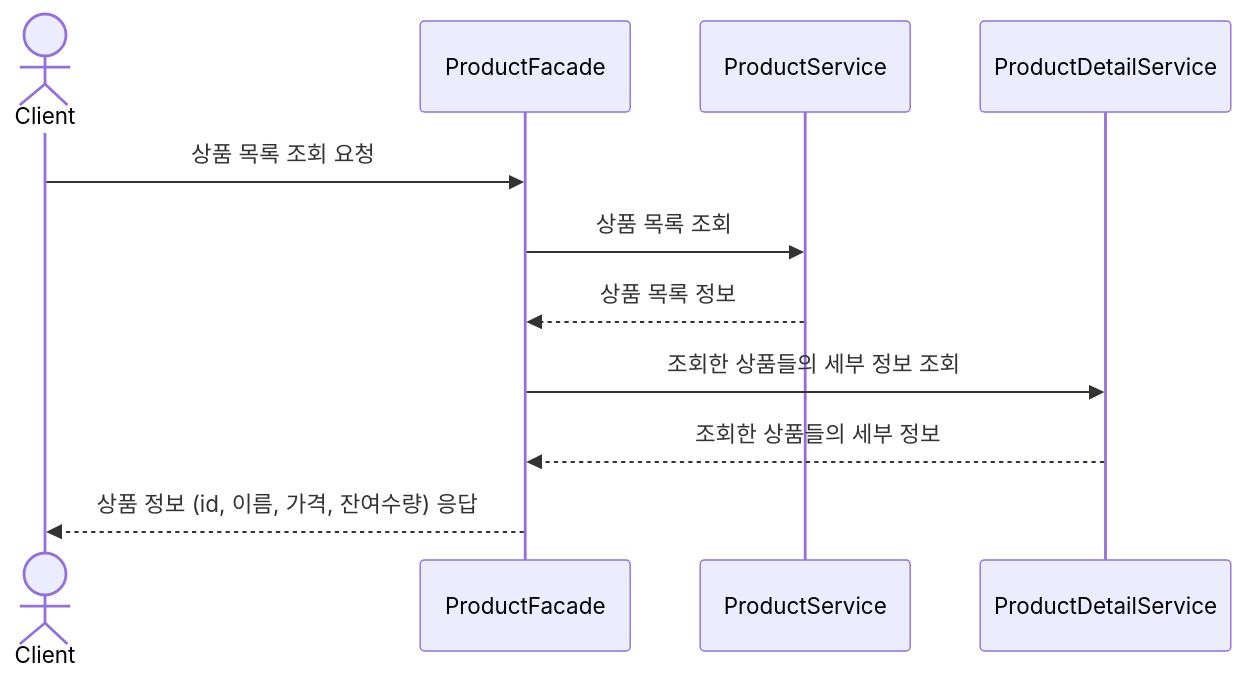
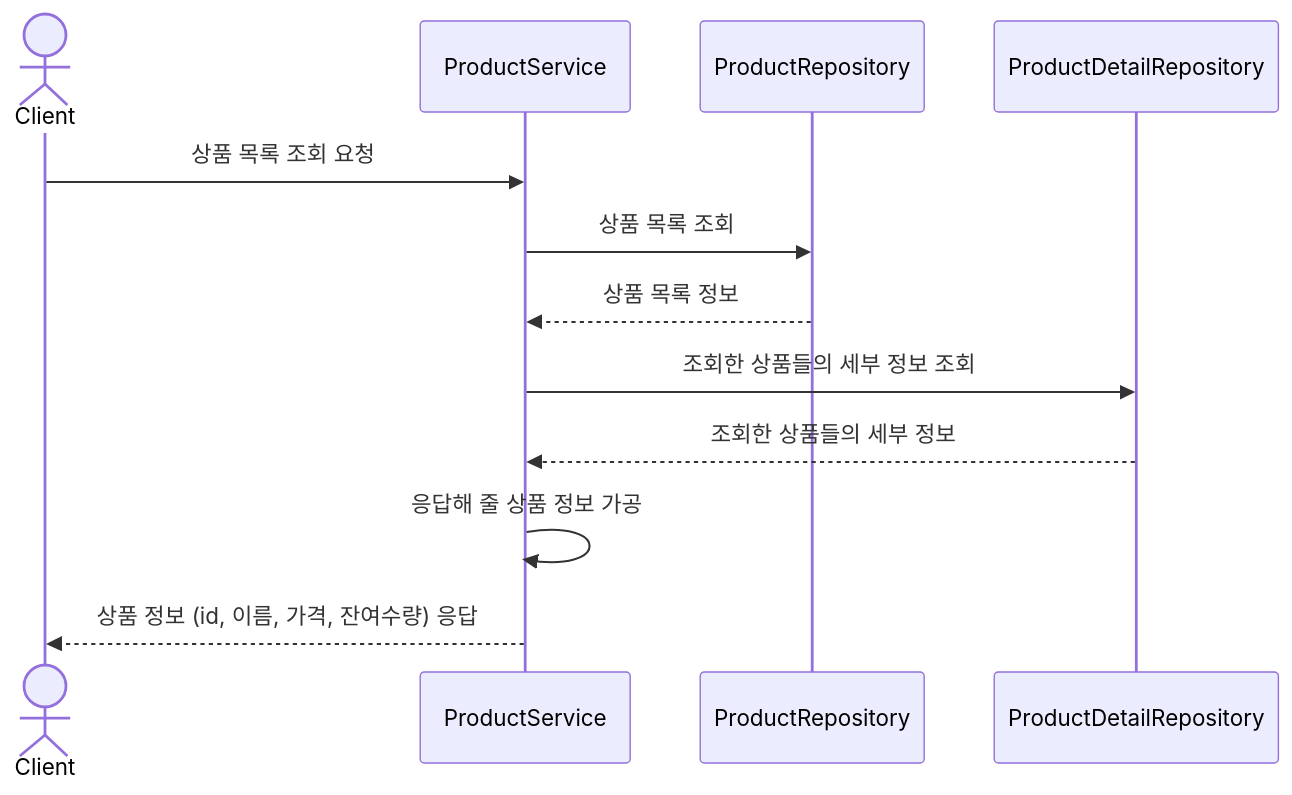
One commit to lgm1007/hhplus_ecommerce changed the third of 9 diagrams in docs/SEQUENCE_DIAGRAM.md. Above: the diagram before and after it, drawn with Mermaid.

Commit message:
docs: 시퀀스 다이어그램 - 상품 조회 시퀀스 수정

````diff
--- a/docs/SEQUENCE_DIAGRAM.md
+++ b/docs/SEQUENCE_DIAGRAM.md
@@ -50,14 +50,15 @@
 ```mermaid
 sequenceDiagram
     actor Client
-    participant ProductFacade
     participant ProductService
-    participant ProductDetailService
+    participant ProductRepository
+    participant ProductDetailRepository
 
-    Client ->> ProductFacade: 상품 목록 조회 요청
-    ProductFacade ->> ProductService: 상품 목록 조회
-    ProductService -->> ProductFacade: 상품 목록 정보
-    ProductFacade ->> ProductDetailService: 조회한 상품들의 세부 정보 조회
-    ProductDetailService -->> ProductFacade: 조회한 상품들의 세부 정보
-    ProductFacade -->> Client: 상품 정보 (id, 이름, 가격, 잔여수량) 응답
+    Client ->> ProductService: 상품 목록 조회 요청
+    ProductService ->> ProductRepository: 상품 목록 조회
+    ProductRepository -->> ProductService: 상품 목록 정보
+    ProductService ->> ProductDetailRepository: 조회한 상품들의 세부 정보 조회
+    ProductDetailRepository -->> ProductService: 조회한 상품들의 세부 정보
+    ProductService ->> ProductService: 응답해 줄 상품 정보 가공
+    ProductService -->> Client: 상품 정보 (id, 이름, 가격, 잔여수량) 응답
 ```
````
